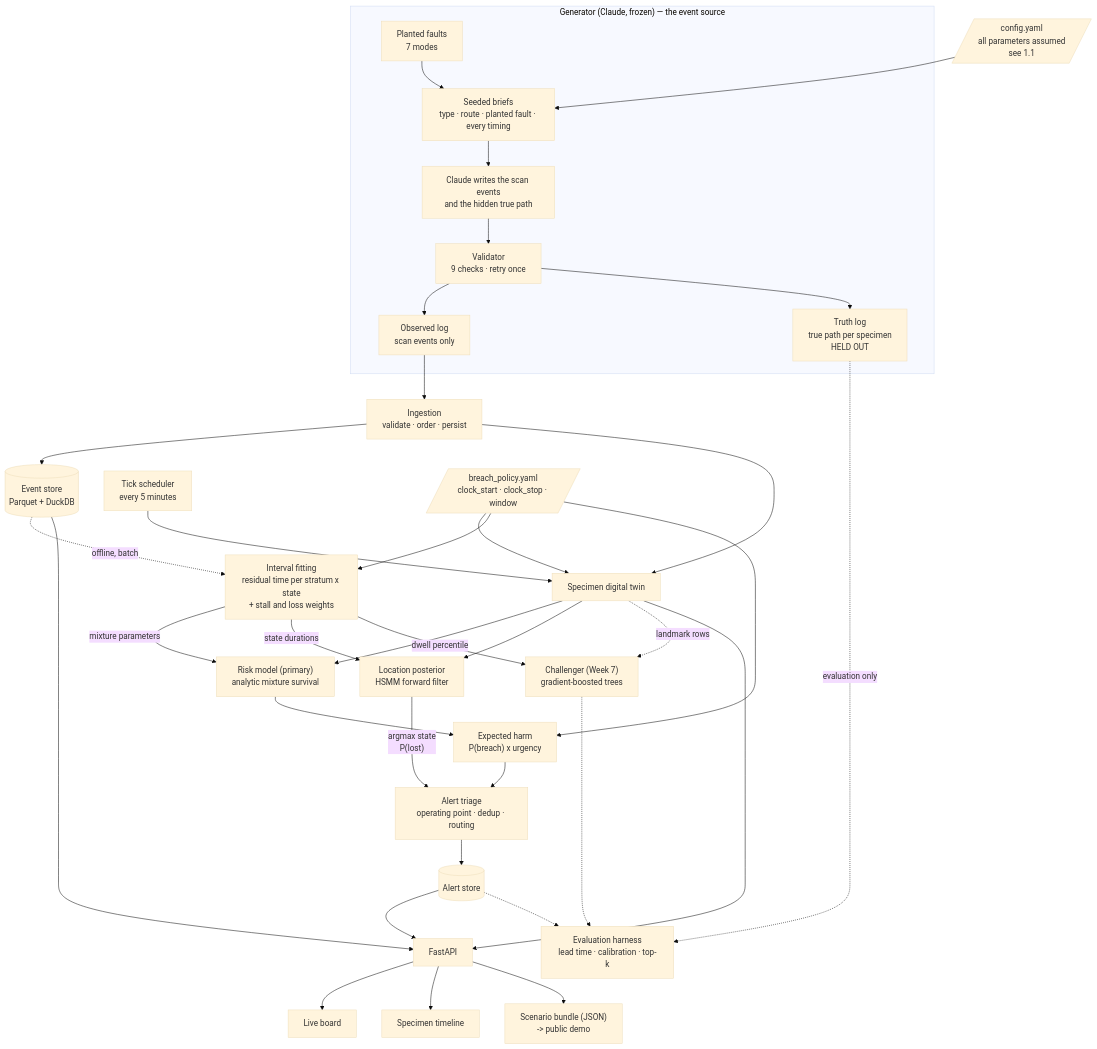
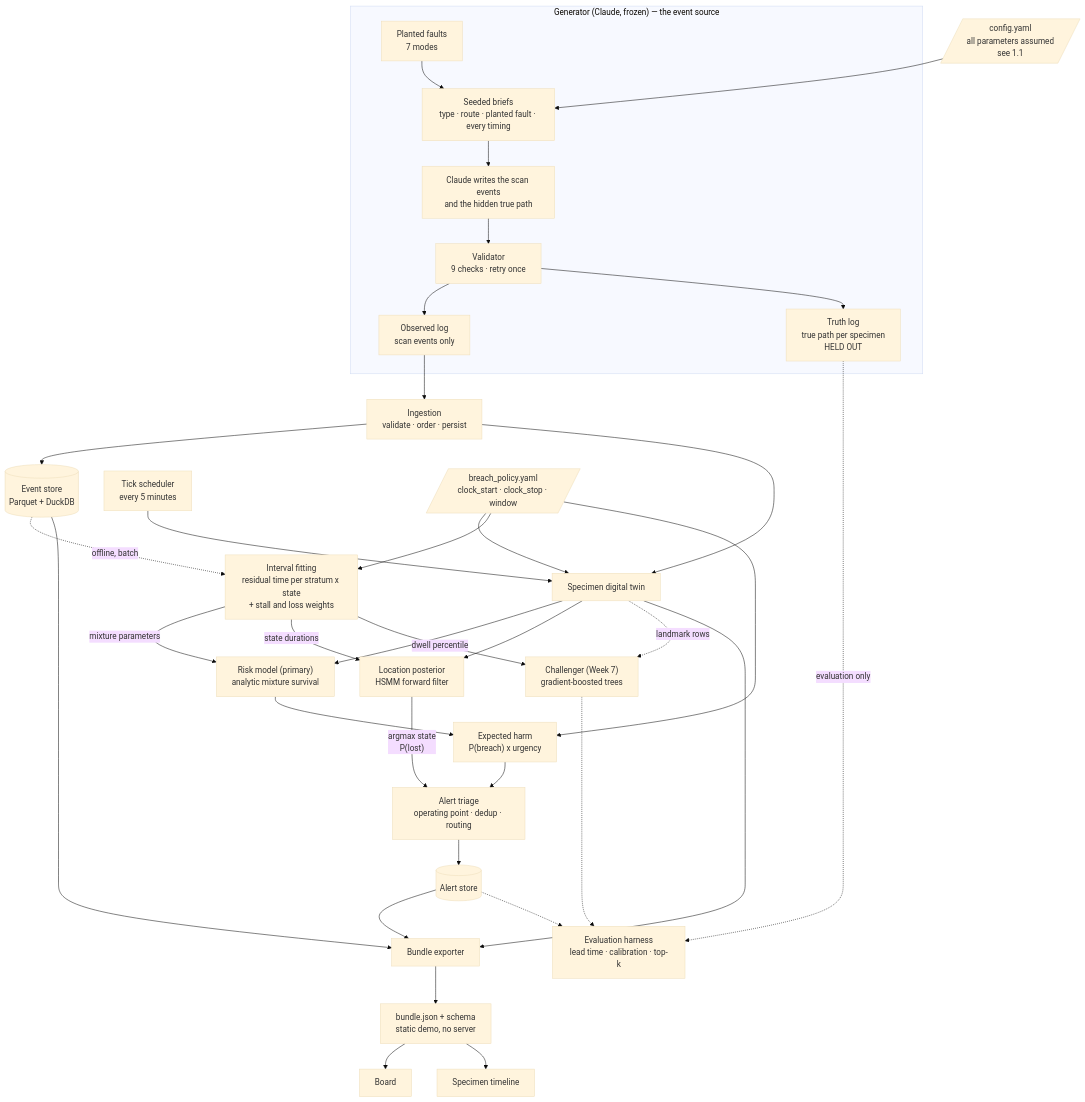
The diagram in docs/architecture.md (scalinity/Tracer), drawn with Mermaid (base theme) before and after one commit. The commit also changed other lines of this file and 10 other files, not shown here.

First line of the commit message:
Export the demo bundle with a grid of 20 operating points and its schema (#29)

````diff
--- a/docs/architecture.md
+++ b/docs/architecture.md
@@ -150,44 +149,44 @@
 ```mermaid
 flowchart TB
     subgraph GENR["Generator (Claude, frozen) — the event source"]
         GEN["Seeded briefs<br/>type · route · planted fault · every timing"] --> CL["Claude writes the scan events<br/>and the hidden true path"]
         FAULT["Planted faults<br/>7 modes"] --> GEN
         CL --> VAL["Validator<br/>9 checks · retry once"]
         VAL --> OBS["Observed log<br/>scan events only"]
         VAL --> TRUTH["Truth log<br/>true path per specimen<br/>HELD OUT"]
     end
 
     OBS --> ING["Ingestion<br/>validate · order · persist"]
     ING --> STORE[("Event store<br/>Parquet + DuckDB")]
     ING --> TWIN["Specimen digital twin"]
     TICK["Tick scheduler<br/>every 5 minutes"] --> TWIN
     POLICY[/"breach_policy.yaml<br/>clock_start · clock_stop · window"/] --> TWIN
     POLICY --> FIT
     POLICY --> HARM
 
     STORE -.->|"offline, batch"| FIT["Interval fitting<br/>residual time per stratum x state<br/>+ stall and loss weights"]
     FIT -->|"mixture parameters"| RISK
     FIT -->|"state durations"| LOC
     FIT -->|"dwell percentile"| CH
     ASSUME[/"config.yaml<br/>all parameters assumed<br/>see 1.1"/] --> GEN
 
     TWIN --> RISK["Risk model (primary)<br/>analytic mixture survival"]
     TWIN --> LOC["Location posterior<br/>HSMM forward filter"]
     TWIN -.->|"landmark rows"| CH["Challenger (Week 7)<br/>gradient-boosted trees"]
 
     RISK --> HARM["Expected harm<br/>P(breach) x urgency"]
     LOC -->|"argmax state<br/>P(lost)"| TRIAGE
     HARM --> TRIAGE["Alert triage<br/>operating point · dedup · routing"]
     TRIAGE --> ALERTS[("Alert store")]
 
-    TWIN --> API["FastAPI"]
-    ALERTS --> API
-    STORE --> API
-    API --> BOARD["Live board"]
-    API --> TIMELINE["Specimen timeline"]
-    API --> BUNDLE["Scenario bundle (JSON)<br/>-> public demo"]
+    TWIN --> EXPORT["Bundle exporter"]
+    ALERTS --> EXPORT
+    STORE --> EXPORT
+    EXPORT --> BUNDLE["bundle.json + schema<br/>static demo, no server"]
+    BUNDLE --> BOARD["Board"]
+    BUNDLE --> TIMELINE["Specimen timeline"]
 
     TRUTH -.->|"evaluation only"| EVAL["Evaluation harness<br/>lead time · calibration · top-k"]
     ALERTS -.-> EVAL
     CH -.-> EVAL
 ```
````
